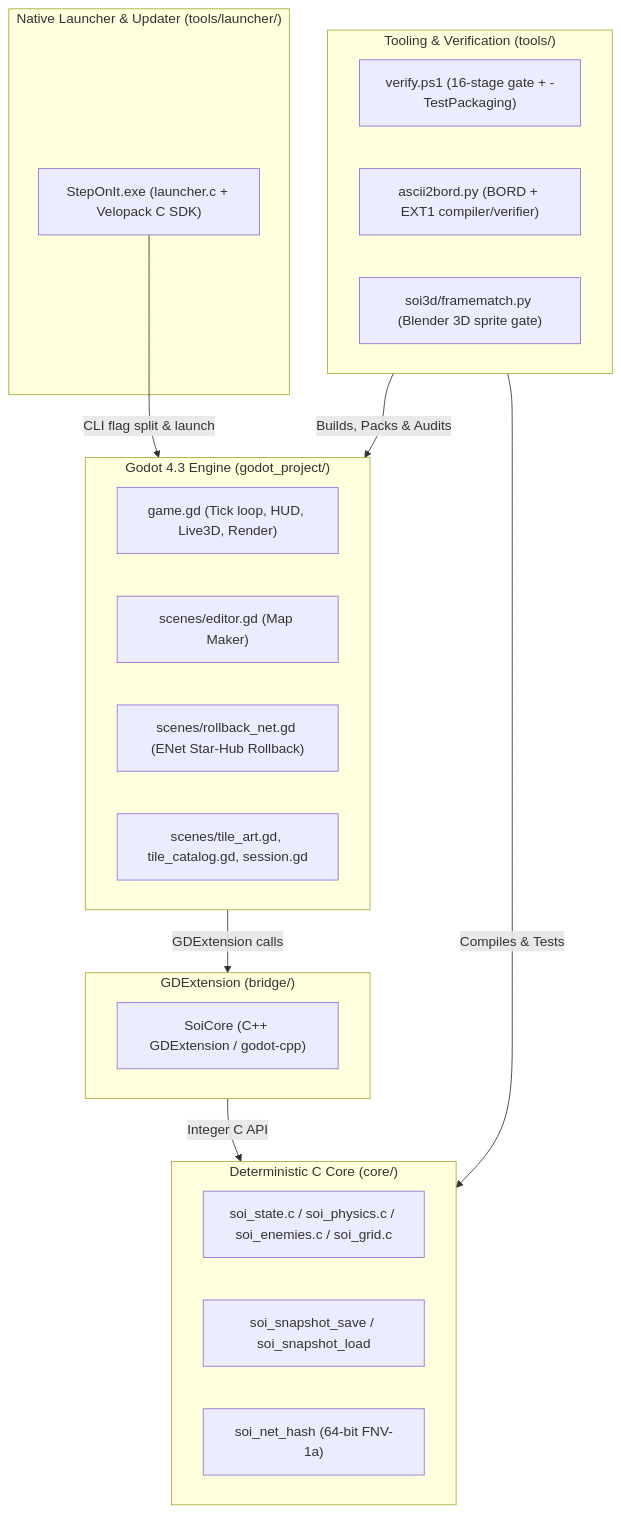
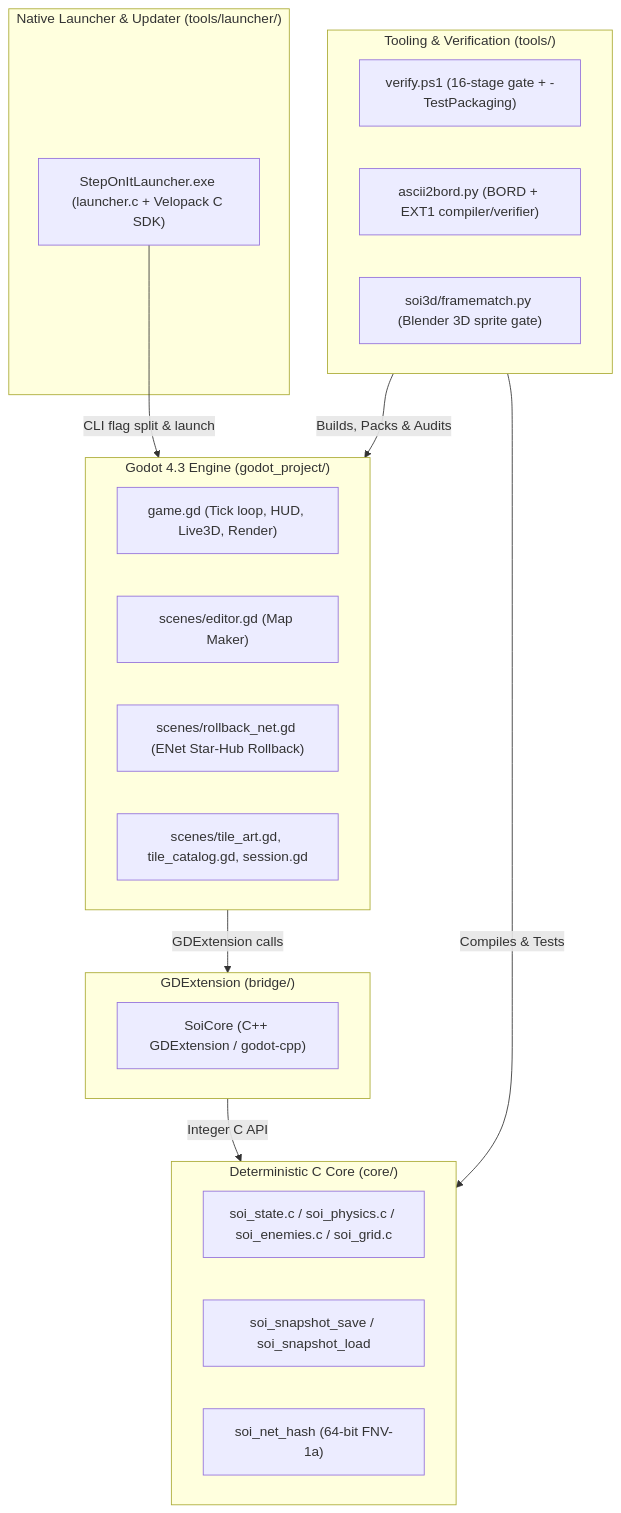
Before and after one commit to seanstappas/step-on-it-remastered: the diagram in AGENTS.md, drawn with Mermaid. The commit also changed other lines of this file and 6 other files, not shown here.

````diff
--- a/AGENTS.md
+++ b/AGENTS.md
@@ -13,35 +13,35 @@
 ```mermaid
 flowchart TD
     subgraph Dist["Native Launcher & Updater (tools/launcher/)"]
-        Launcher["StepOnIt.exe (launcher.c + Velopack C SDK)"]
+        Launcher["StepOnItLauncher.exe (launcher.c + Velopack C SDK)"]
     end
 
     subgraph Frontend["Godot 4.3 Engine (godot_project/)"]
         Game["game.gd (Tick loop, HUD, Live3D, Render)"]
         Editor["scenes/editor.gd (Map Maker)"]
         Net["scenes/rollback_net.gd (ENet Star-Hub Rollback)"]
         Art["scenes/tile_art.gd, tile_catalog.gd, session.gd"]
     end
 
     subgraph Bridge["GDExtension (bridge/)"]
         SoiBridge["SoiCore (C++ GDExtension / godot-cpp)"]
     end
 
     subgraph Core["Deterministic C Core (core/)"]
         Sim["soi_state.c / soi_physics.c / soi_enemies.c / soi_grid.c"]
         Rollback["soi_snapshot_save / soi_snapshot_load"]
         Hash["soi_net_hash (64-bit FNV-1a)"]
     end
 
     subgraph Tools["Tooling & Verification (tools/)"]
         Verify["verify.ps1 (16-stage gate + -TestPackaging)"]
         Ascii["ascii2bord.py (BORD + EXT1 compiler/verifier)"]
         Framematch["soi3d/framematch.py (Blender 3D sprite gate)"]
     end
 
     Launcher -->|CLI flag split & launch| Frontend
     Frontend -->|GDExtension calls| Bridge
     Bridge -->|Integer C API| Core
     Tools -->|Compiles & Tests| Core
     Tools -->|Builds, Packs & Audits| Frontend
 ```
````
